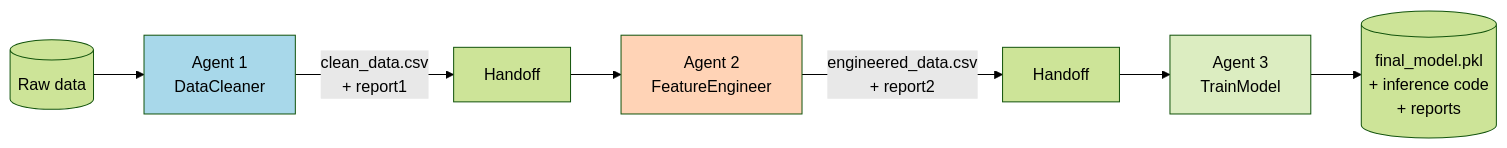
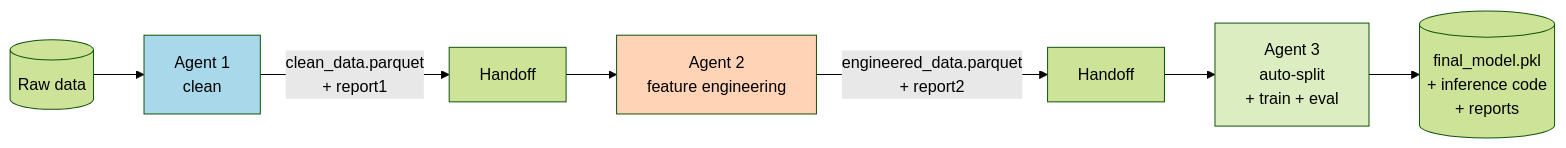
Before and after one commit to baongoc83/Multi-Agent-Auto-ML_NB: the fourth of 25 diagrams in docs/architecture.md, drawn with Mermaid (forest theme). The commit also changed other lines of this file and 1 other file, not shown here.

First line of the commit message:
docs: rewrite README + architecture.md for fit-on-train + transform refactor

````diff
--- a/docs/architecture.md
+++ b/docs/architecture.md
@@ -82,13 +123,13 @@
 ```mermaid
 flowchart LR
     Raw[(Raw data)] --> A1
-    A1[Agent 1<br/>DataCleaner] -->|clean_data.csv<br/>+ report1| HO1[Handoff]
-    HO1 --> A2[Agent 2<br/>FeatureEngineer]
-    A2 -->|engineered_data.csv<br/>+ report2| HO2[Handoff]
-    HO2 --> A3[Agent 3<br/>TrainModel]
+    A1[Agent 1<br/>clean] -->|clean_data.parquet<br/>+ report1| HO1[Handoff]
+    HO1 --> A2[Agent 2<br/>feature engineering]
+    A2 -->|engineered_data.parquet<br/>+ report2| HO2[Handoff]
+    HO2 --> A3[Agent 3<br/>auto-split<br/>+ train + eval]
     A3 --> Outs[(final_model.pkl<br/>+ inference code<br/>+ reports)]
 
     style A1 fill:#a8d8ea
     style A2 fill:#ffd3b6
     style A3 fill:#dcedc1
 ```
````
